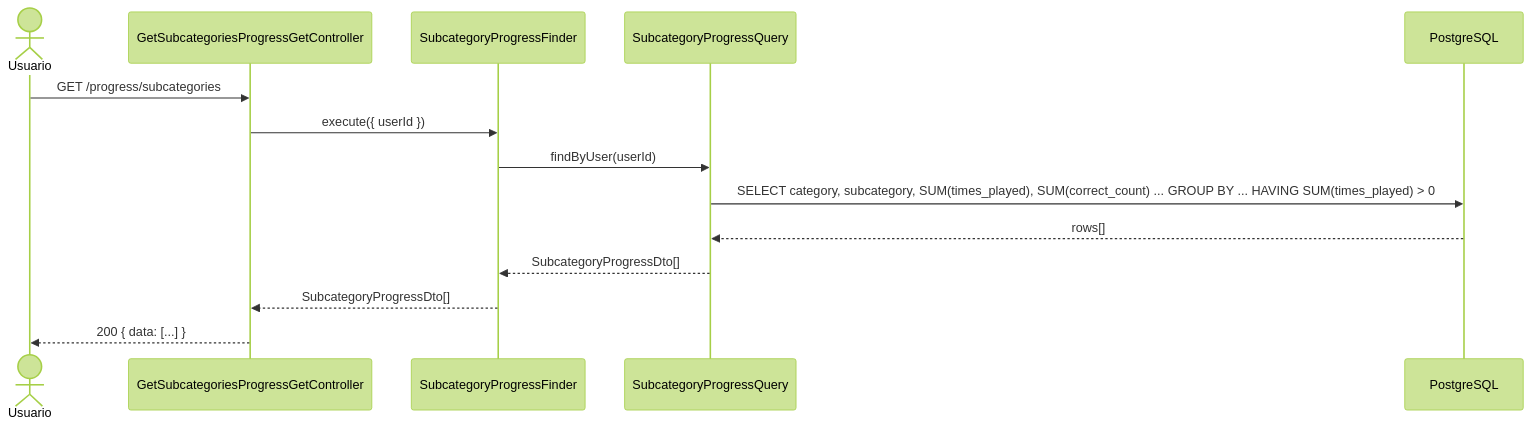
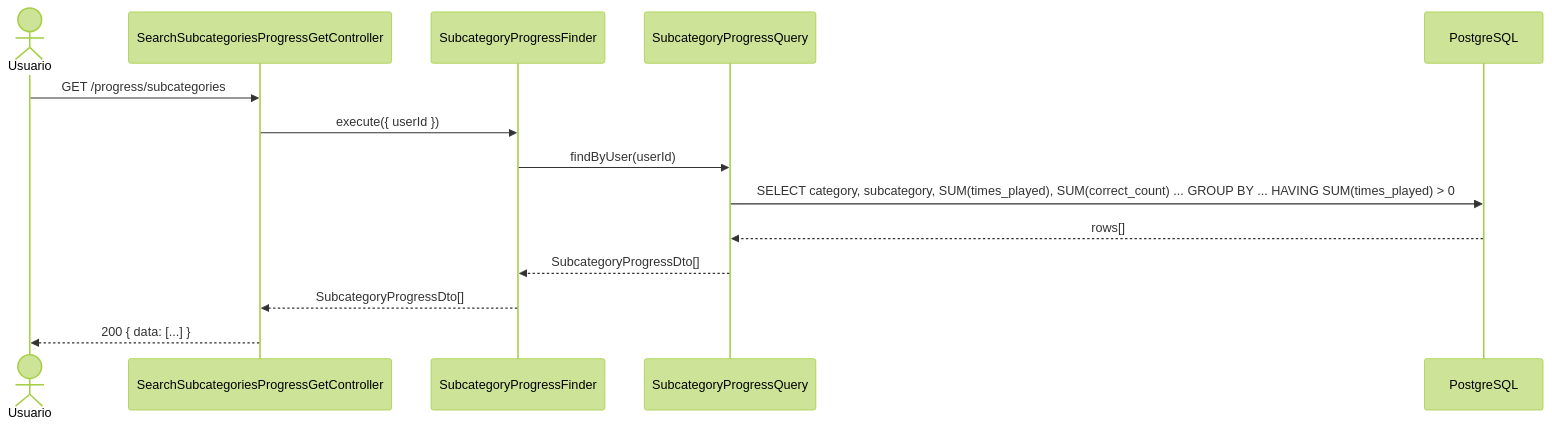
The diagram in docs/apps/api/progress/find-subcategories/sequence.md (AbrahamVilchesDeLaCruz/ididntcatchthat), drawn with Mermaid (forest theme) before and after one commit. The commit also changed 7 other files, not shown here.

````diff
--- a/docs/apps/api/progress/find-subcategories/sequence.md
+++ b/docs/apps/api/progress/find-subcategories/sequence.md
@@ -3,17 +3,17 @@
 ```mermaid
 sequenceDiagram
     actor U as Usuario
-    participant C as GetSubcategoriesProgressGetController
+    participant C as SearchSubcategoriesProgressGetController
     participant UC as SubcategoryProgressFinder
     participant Q as SubcategoryProgressQuery
     participant DB as PostgreSQL
 
     U->>C: GET /progress/subcategories
     C->>UC: execute({ userId })
     UC->>Q: findByUser(userId)
     Q->>DB: SELECT category, subcategory, SUM(times_played), SUM(correct_count) ... GROUP BY ... HAVING SUM(times_played) > 0
     DB-->>Q: rows[]
     Q-->>UC: SubcategoryProgressDto[]
     UC-->>C: SubcategoryProgressDto[]
     C-->>U: 200 { data: [...] }
 ```
````
